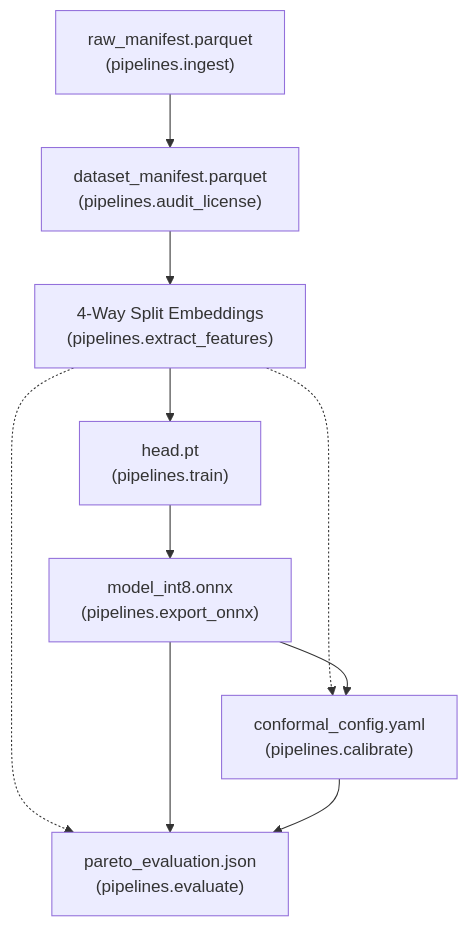
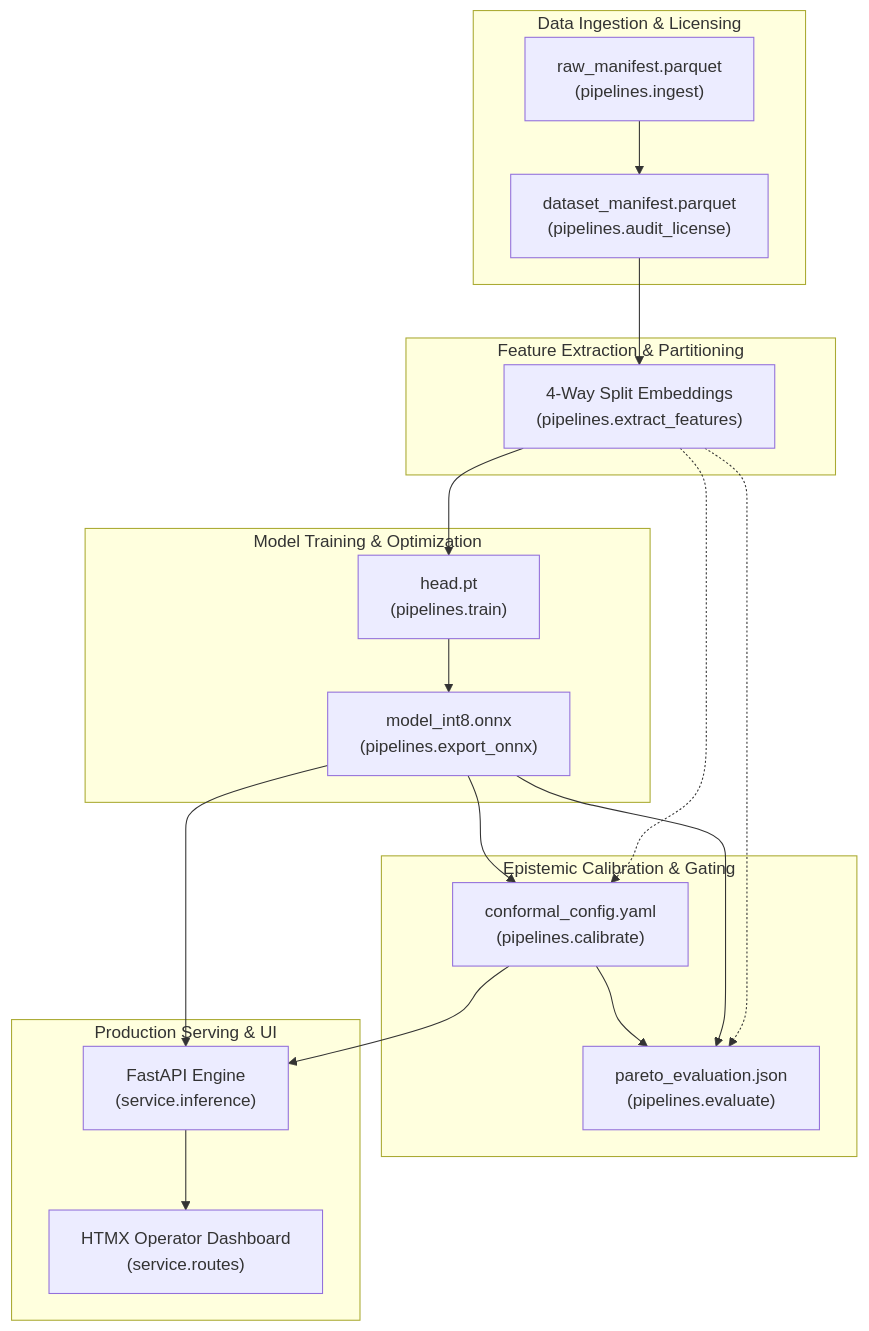
One commit to foersben/taxon-vision-mlops changed the diagram in docs/index.md. Above: the diagram before and after it, drawn with Mermaid. The commit also changed other lines of this file and 16 other files, not shown here.

````diff
--- a/docs/index.md
+++ b/docs/index.md
@@ -17,12 +56,39 @@
 ```mermaid
 flowchart TD
-    A["raw_manifest.parquet<br/>(pipelines.ingest)"] --> B["dataset_manifest.parquet<br/>(pipelines.audit_license)"]
-    B --> C["4-Way Split Embeddings<br/>(pipelines.extract_features)"]
-    C --> D["head.pt<br/>(pipelines.train)"]
-    D --> E["model_int8.onnx<br/>(pipelines.export_onnx)"]
-    C -.-> F["conformal_config.yaml<br/>(pipelines.calibrate)"]
-    E --> F
-    C -.-> G["pareto_evaluation.json<br/>(pipelines.evaluate)"]
-    E --> G
-    F --> G
+    subgraph S1["Data Ingestion & Licensing"]
+        A["raw_manifest.parquet<br/>(pipelines.ingest)"] --> B["dataset_manifest.parquet<br/>(pipelines.audit_license)"]
+    end
+
+    subgraph S2["Feature Extraction & Partitioning"]
+        B --> C["4-Way Split Embeddings<br/>(pipelines.extract_features)"]
+    end
+
+    subgraph S3["Model Training & Optimization"]
+        C --> D["head.pt<br/>(pipelines.train)"]
+        D --> E["model_int8.onnx<br/>(pipelines.export_onnx)"]
+    end
+
+    subgraph S4["Epistemic Calibration & Gating"]
+        C -.-> F["conformal_config.yaml<br/>(pipelines.calibrate)"]
+        E --> F
+        C -.-> G["pareto_evaluation.json<br/>(pipelines.evaluate)"]
+        E --> G
+        F --> G
+    end
+
+    subgraph S5["Production Serving & UI"]
+        E --> H["FastAPI Engine<br/>(service.inference)"]
+        F --> H
+        H --> I["HTMX Operator Dashboard<br/>(service.routes)"]
+    end
+
+    click A "mlops_pipeline/ingestion_and_versioning/" "Read Ingestion Pipeline Docs"
+    click B "foundations/taxonomy_and_darwincore/" "Read DarwinCore & License Docs"
+    click C "mlops_pipeline/dvc_dag_explorer/" "Read Feature Extraction Docs"
+    click D "model_engineering/training_pipeline/" "Read Head Training Docs"
+    click E "model_engineering/onnx_optimization_and_latency/" "Read ONNX Export Docs"
+    click F "uncertainty_and_safety/conformal_prediction_theory/" "Read Conformal Prediction Docs"
+    click G "model_engineering/backbone_benchmarking_pareto/" "Read Pareto Evaluation Docs"
+    click H "operations/api_reference/" "Read FastAPI Reference"
+    click I "operations/deployment_runbook/" "Read Deployment Runbook"
 ```
````
